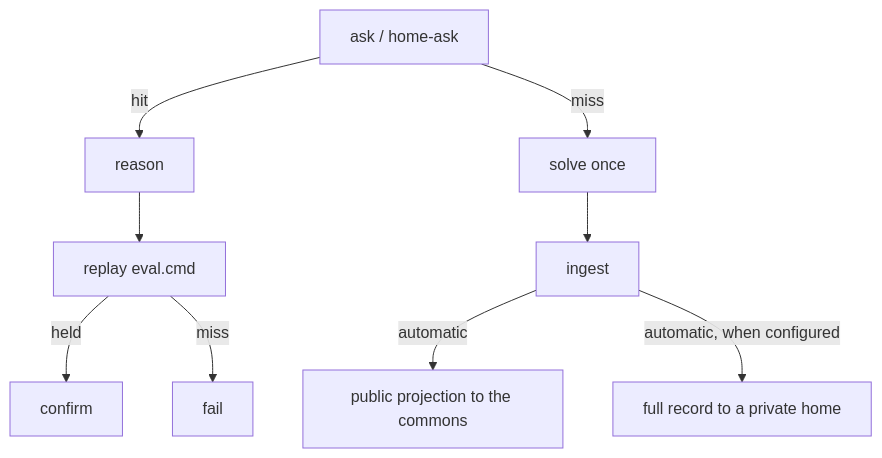
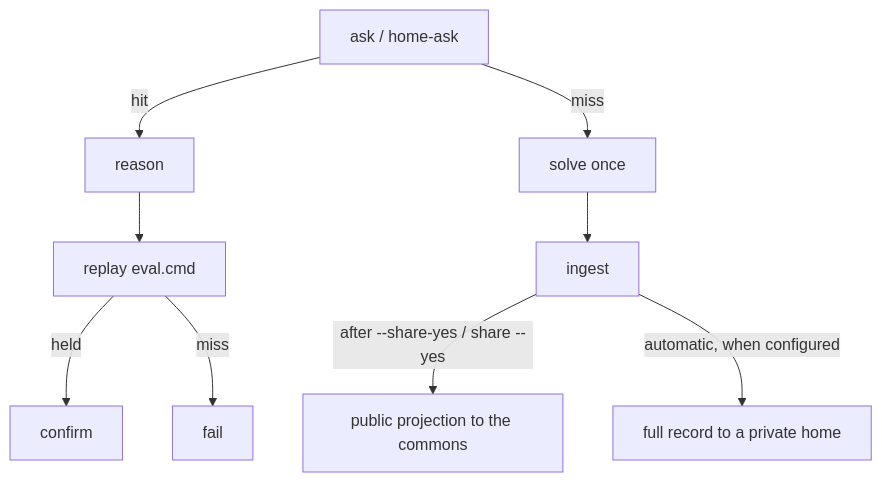
Before and after one commit to claimidx/claimidx: the diagram in AGENTS.md, drawn with Mermaid. The commit also changed other lines of this file and 25 other files, not shown here.

First line of the commit message:
docs: stamp confirm-before-share (no silent commons) (#32)

````diff
--- a/AGENTS.md
+++ b/AGENTS.md
@@ -56,11 +56,11 @@
 ```mermaid
 flowchart TD
   A[ask / home-ask] -->|hit| R[reason]
   R --> E[replay eval.cmd]
   E -->|held| C[confirm]
   E -->|miss| F[fail]
   A -->|miss| S[solve once]
   S --> I[ingest]
-  I -->|automatic| P[public projection to the commons]
+  I -->|after --share-yes / share --yes| P[public projection to the commons]
   I -->|automatic, when configured| H[full record to a private home]
 ```
````
